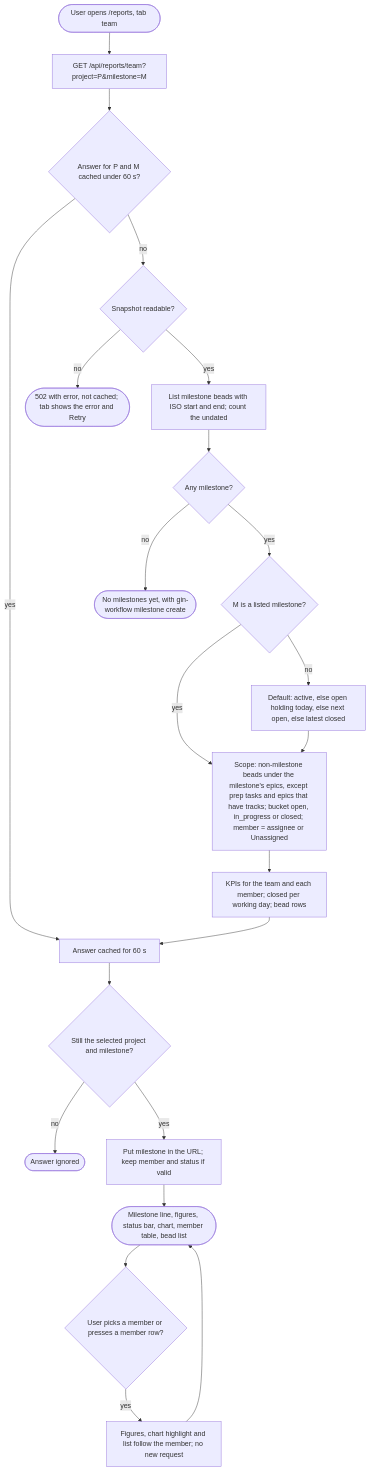
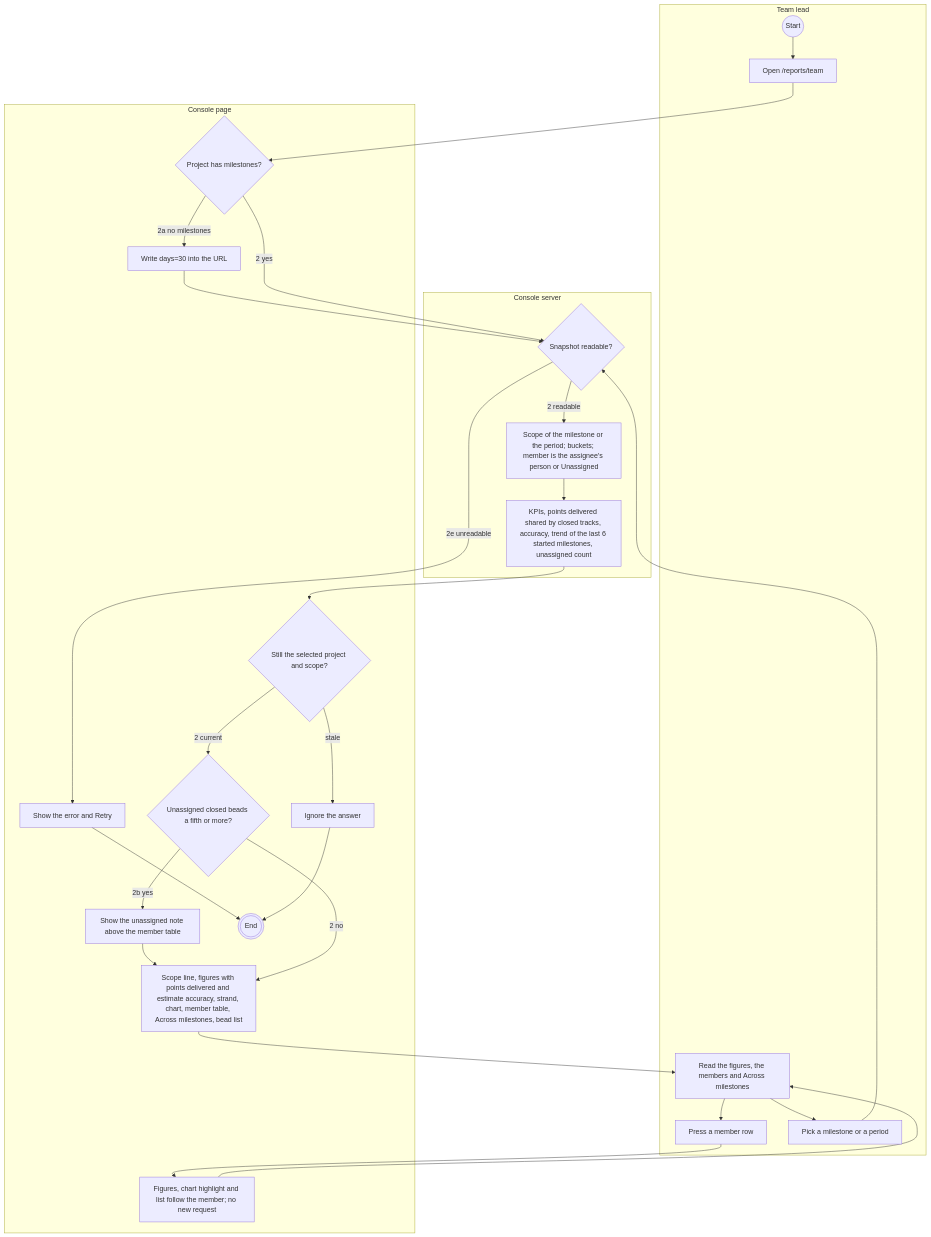
Before and after one commit to giangdhwhtbr/gin-console: the diagram in docs/specs/reports/diagrams/team-tab-activity.md, drawn with Mermaid. The commit also changed other lines of this file and 10 other files, not shown here.

First line of the commit message:
docs(specs): Reports status and one scope, spec and plan (gin-console-rm-reports-status)

````diff
--- a/docs/specs/reports/diagrams/team-tab-activity.md
+++ b/docs/specs/reports/diagrams/team-tab-activity.md
@@ -5,24 +7,49 @@
 ```mermaid
 flowchart TD
-  open([User opens /reports, tab team]) --> req[GET /api/reports/team?project=P&milestone=M]
-  req --> cache{Answer for P and M cached under 60 s?}
-  cache -- yes --> answer
-  cache -- no --> snap{Snapshot readable?}
-  snap -- no --> fail([502 with error, not cached; tab shows the error and Retry])
-  snap -- yes --> ms[List milestone beads with ISO start and end; count the undated]
-  ms --> any{Any milestone?}
-  any -- no --> none([No milestones yet, with gin-workflow milestone create])
-  any -- yes --> sel{M is a listed milestone?}
-  sel -- yes --> scope
-  sel -- no --> def[Default: active, else open holding today, else next open, else latest closed]
-  def --> scope[Scope: non-milestone beads under the milestone's epics, except prep tasks and epics that have tracks; bucket open, in_progress or closed; member = assignee or Unassigned]
-  scope --> kpi[KPIs for the team and each member; closed per working day; bead rows]
-  kpi --> answer[Answer cached for 60 s]
-  answer --> late{Still the selected project and milestone?}
-  late -- no --> drop([Answer ignored])
-  late -- yes --> url[Put milestone in the URL; keep member and status if valid]
-  url --> view([Milestone line, figures, status bar, chart, member table, bead list])
-  view --> member{User picks a member or presses a member row?}
-  member -- yes --> filter[Figures, chart highlight and list follow the member; no new request]
-  filter --> view
+  subgraph lead[Team lead]
+    start((Start))
+    open[Open /reports/team]
+    readIt[Read the figures, the members and Across milestones]
+    pickMember[Press a member row]
+    pickScope[Pick a milestone or a period]
+  end
+  subgraph page[Console page]
+    any{Project has milestones?}
+    period[Write days=30 into the URL]
+    late{Still the selected project and scope?}
+    drop[Ignore the answer]
+    note{Unassigned closed beads a fifth or more?}
+    showNote[Show the unassigned note above the member table]
+    view[Scope line, figures with points delivered and estimate accuracy, strand, chart, member table, Across milestones, bead list]
+    filter[Figures, chart highlight and list follow the member; no new request]
+    error[Show the error and Retry]
+    done(((End)))
+  end
+  subgraph server[Console server]
+    snap{Snapshot readable?}
+    scope[Scope of the milestone or the period; buckets; member is the assignee's person or Unassigned]
+    kpi[KPIs, points delivered shared by closed tracks, accuracy, trend of the last 6 started milestones, unassigned count]
+  end
+  start --> open
+  open --> any
+  any -->|2a no milestones| period
+  period --> snap
+  any -->|2 yes| snap
+  snap -->|2e unreadable| error
+  error --> done
+  snap -->|2 readable| scope
+  scope --> kpi
+  kpi --> late
+  late -->|stale| drop
+  drop --> done
+  late -->|2 current| note
+  note -->|2b yes| showNote
+  showNote --> view
+  note -->|2 no| view
+  view --> readIt
+  readIt --> pickMember
+  pickMember --> filter
+  filter --> readIt
+  readIt --> pickScope
+  pickScope --> snap
 ```
````
